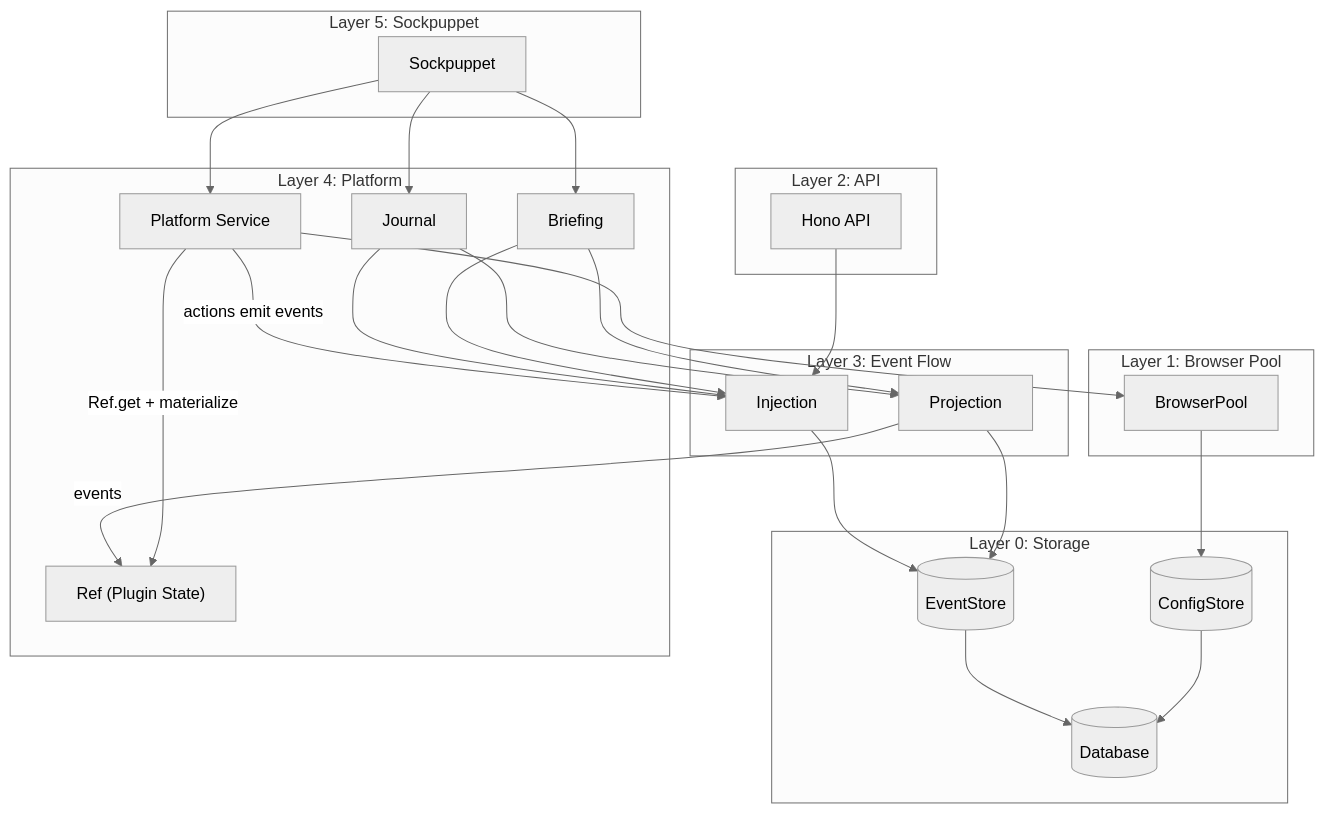
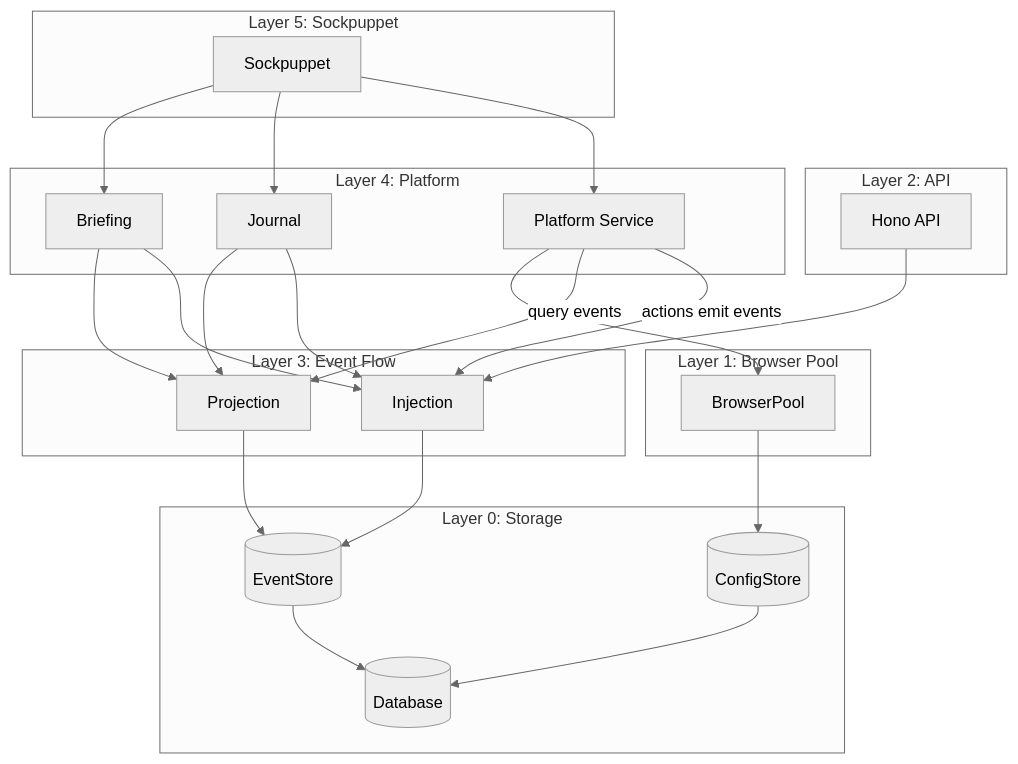
The fourth of 7 diagrams in ARCHITECTURE.md (ToxicPine/bernays), drawn with Mermaid (neutral theme) before and after one commit.

Commit message:
Remove Ref from Layer 4 diagram: it's an implementation detail of Platform Service, not a separate service

````diff
--- a/ARCHITECTURE.md
+++ b/ARCHITECTURE.md
@@ -877,50 +877,48 @@
 ```mermaid
 graph TB
     subgraph "Layer 0: Storage"
         DB[(Database)]
         ES[(EventStore)]
         CS[(ConfigStore)]
     end
 
     subgraph "Layer 1: Browser Pool"
         BP[BrowserPool]
     end
 
     subgraph "Layer 2: API"
         API[Hono API]
     end
 
     subgraph "Layer 3: Event Flow"
         INJ[Injection]
         PR[Projection]
     end
 
     subgraph "Layer 4: Platform"
-        REF["Ref (Plugin State)"]
         PL[Platform Service]
         JN[Journal]
         BR[Briefing]
     end
 
     subgraph "Layer 5: Sockpuppet"
         SP[Sockpuppet]
     end
 
     ES --> DB
     CS --> DB
     BP --> CS
     API --> INJ
     PL -->|"actions emit events"| INJ
     INJ --> ES
     PR --> ES
-    PR -->|"events"| REF
-    PL -->|"Ref.get + materialize"| REF
+    PL -->|"query events"| PR
     PL --> BP
     JN --> INJ
     JN --> PR
     BR --> INJ
     BR --> PR
     SP --> PL
     SP --> JN
     SP --> BR
 ```
````
